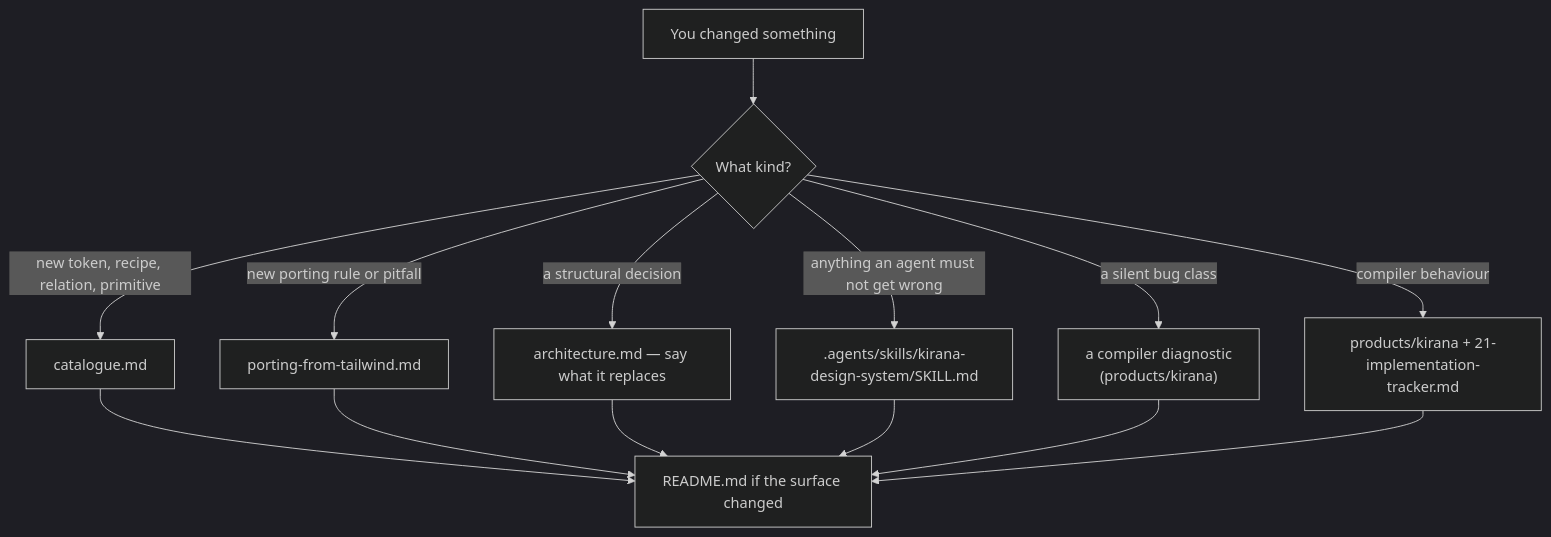
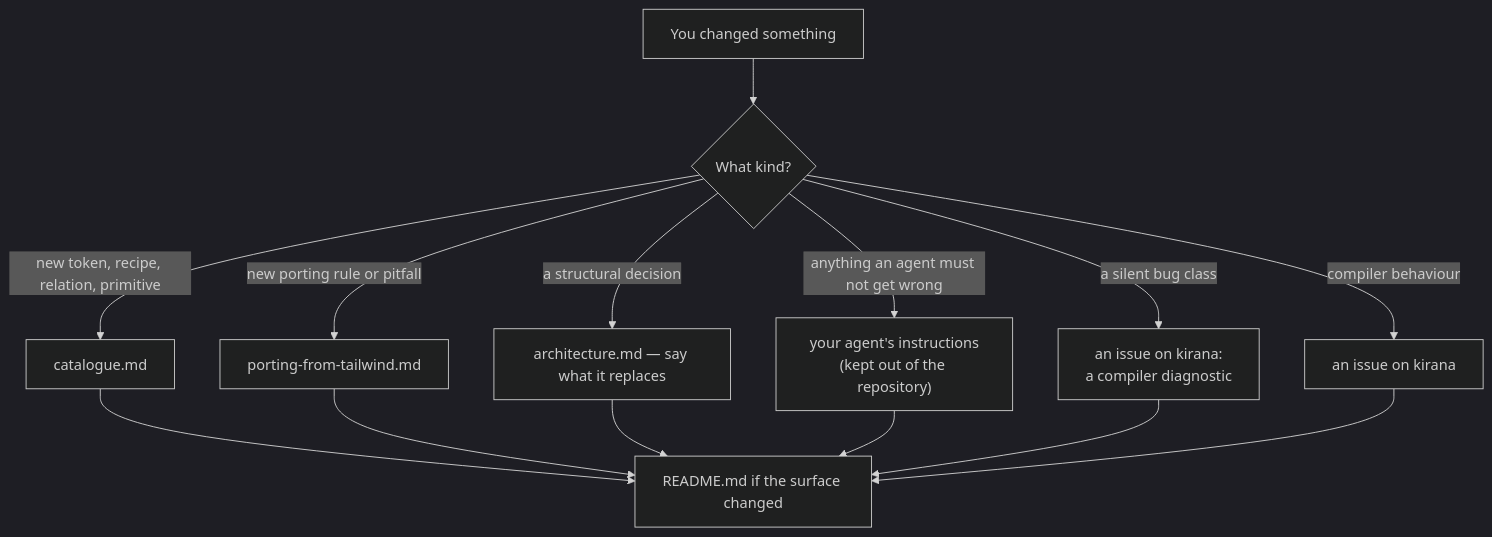
The fourth of 4 diagrams in docs/workflows.md (kirana-style/kirana-ui), drawn with Mermaid (dark theme) before and after one commit. The commit also changed other lines of this file and 43 other files, not shown here.

````diff
--- a/docs/workflows.md
+++ b/docs/workflows.md
@@ -376,11 +376,11 @@
 ```mermaid
 flowchart TD
     A["You changed something"] --> B{"What kind?"}
     B -->|"new token, recipe, relation, primitive"| C["catalogue.md"]
-    B -->|"a silent bug class"| H["a compiler diagnostic<br/>(products/kirana)"]
+    B -->|"a silent bug class"| H["an issue on kirana:<br/>a compiler diagnostic"]
     B -->|"new porting rule or pitfall"| D["porting-from-tailwind.md"]
     B -->|"a structural decision"| E["architecture.md — say what it replaces"]
-    B -->|"anything an agent must not get wrong"| F[".agents/skills/kirana-design-system/SKILL.md"]
-    B -->|"compiler behaviour"| K["products/kirana + 21-implementation-tracker.md"]
+    B -->|"anything an agent must not get wrong"| F["your agent's instructions<br/>(kept out of the repository)"]
+    B -->|"compiler behaviour"| K["an issue on kirana"]
     C & D & E & F & H & K --> G["README.md if the surface changed"]
 ```
````
